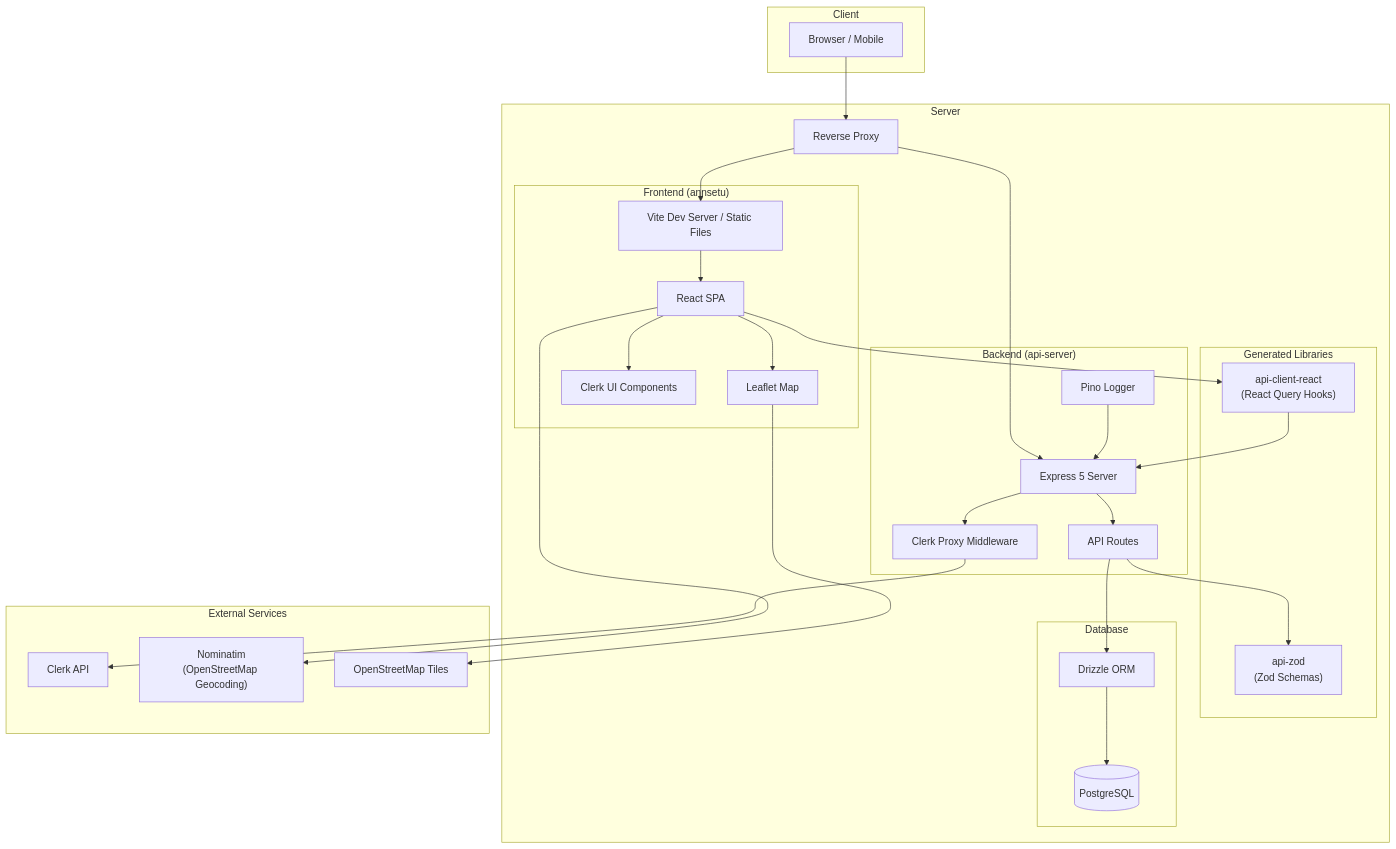
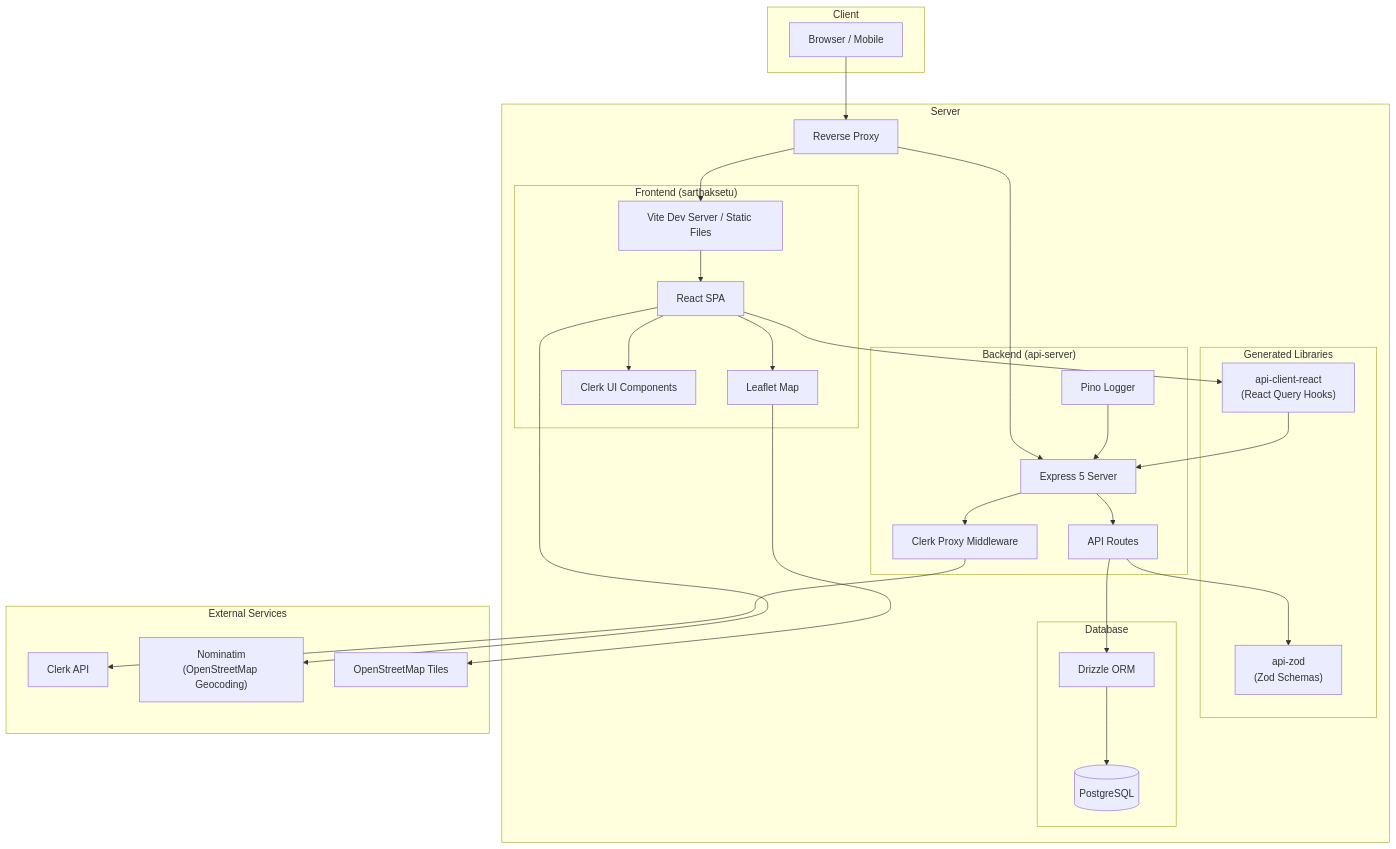
One commit to Vansh7095/SarthakSetu changed the second of 8 diagrams in TECHNICAL_DOCUMENTATION.md. Above: the diagram before and after it, drawn with Mermaid. The commit also changed other lines of this file and 103 other files, not shown here.

````diff
--- a/TECHNICAL_DOCUMENTATION.md
+++ b/TECHNICAL_DOCUMENTATION.md
@@ -1016,58 +1016,58 @@
 ```mermaid
 graph TB
     subgraph "Client"
         Browser["Browser / Mobile"]
     end
 
     subgraph "Server"
         Proxy["Reverse Proxy"]
 
-        subgraph "Frontend (annsetu)"
+        subgraph "Frontend (sarthaksetu)"
             Vite["Vite Dev Server / Static Files"]
             React["React SPA"]
             Leaflet["Leaflet Map"]
             ClerkUI["Clerk UI Components"]
         end
 
         subgraph "Backend (api-server)"
             Express["Express 5 Server"]
             ClerkProxy["Clerk Proxy Middleware"]
             Routes["API Routes"]
             Pino["Pino Logger"]
         end
 
         subgraph "Generated Libraries"
             APIClient["api-client-react<br/>(React Query Hooks)"]
             APIZod["api-zod<br/>(Zod Schemas)"]
         end
 
         subgraph "Database"
             Postgres[("PostgreSQL")]
             Drizzle["Drizzle ORM"]
         end
     end
 
     subgraph "External Services"
         ClerkAPI["Clerk API"]
         Nominatim["Nominatim<br/>(OpenStreetMap Geocoding)"]
         OSMTiles["OpenStreetMap Tiles"]
     end
 
     Browser --> Proxy
     Proxy --> Vite
     Proxy --> Express
     Vite --> React
     React --> Leaflet
     React --> ClerkUI
     React --> APIClient
     APIClient --> Express
     Express --> ClerkProxy
     ClerkProxy --> ClerkAPI
     Express --> Routes
     Routes --> APIZod
     Routes --> Drizzle
     Drizzle --> Postgres
     Leaflet --> OSMTiles
     React --> Nominatim
     Pino --> Express
 ```
````
